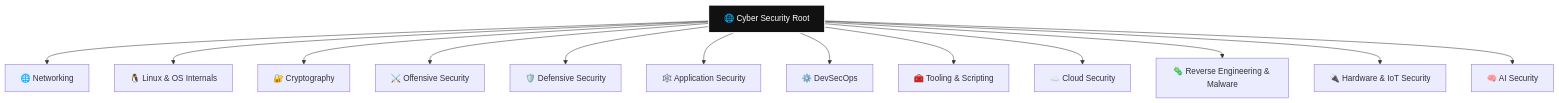
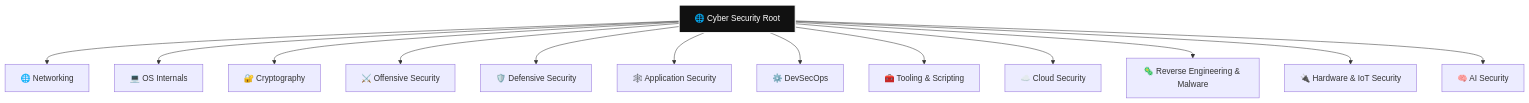
One commit to s4l1hs/cybersec-crook2root-notes changed the diagram in Cyber Security.md. Above: the diagram before and after it, drawn with Mermaid. The commit also changed other lines of this file and 145 other files, not shown here.

````diff
--- a/Cyber Security.md
+++ b/Cyber Security.md
@@ -16,17 +16,17 @@
 ```mermaid
 flowchart TD
     ROOT["🌐 Cyber Security Root"]
     ROOT --> D01["🌐 Networking"]
-    ROOT --> D02["🐧 Linux & OS Internals"]
+    ROOT --> D02["💻 OS Internals"]
     ROOT --> D03["🔐 Cryptography"]
     ROOT --> D04["⚔️ Offensive Security"]
     ROOT --> D05["🛡️ Defensive Security"]
     ROOT --> D06["🕸️ Application Security"]
     ROOT --> D07["⚙️ DevSecOps"]
     ROOT --> D08["🧰 Tooling & Scripting"]
     ROOT --> D09["☁️ Cloud Security"]
     ROOT --> D10["🦠 Reverse Engineering & Malware"]
     ROOT --> D11["🔌 Hardware & IoT Security"]
     ROOT --> D12["🧠 AI Security"]
     style ROOT fill:#111,stroke:#fff,stroke-width:2px,color:#fff
 ```
````
